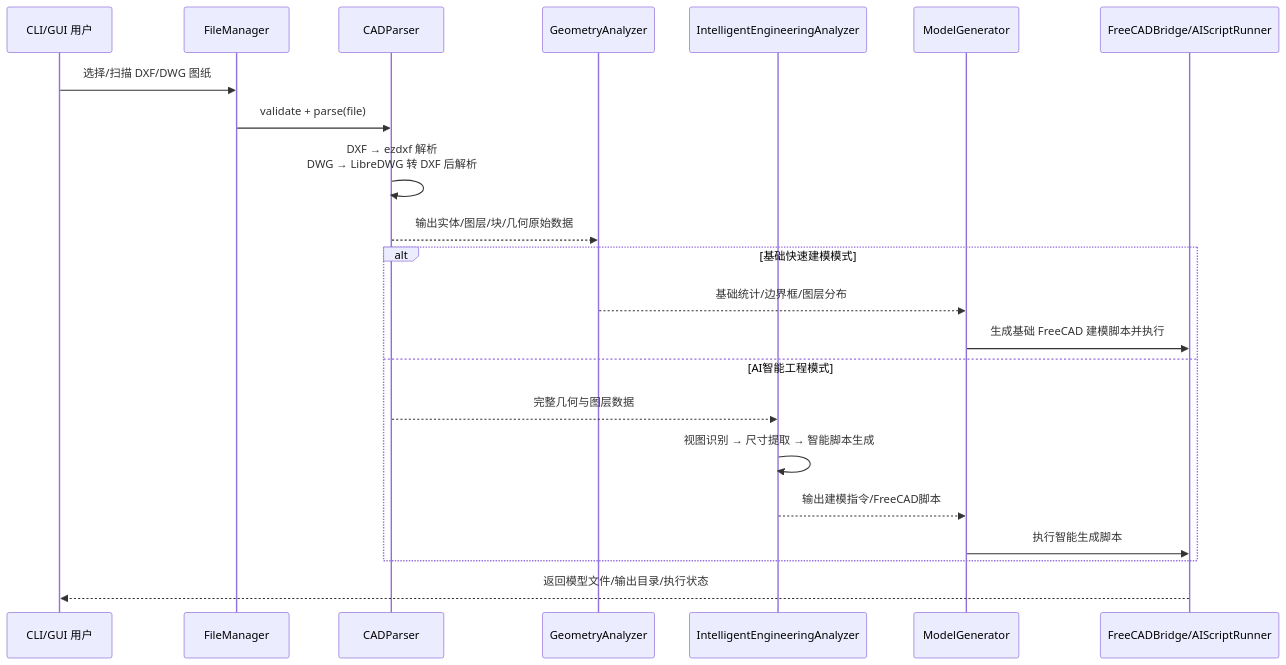
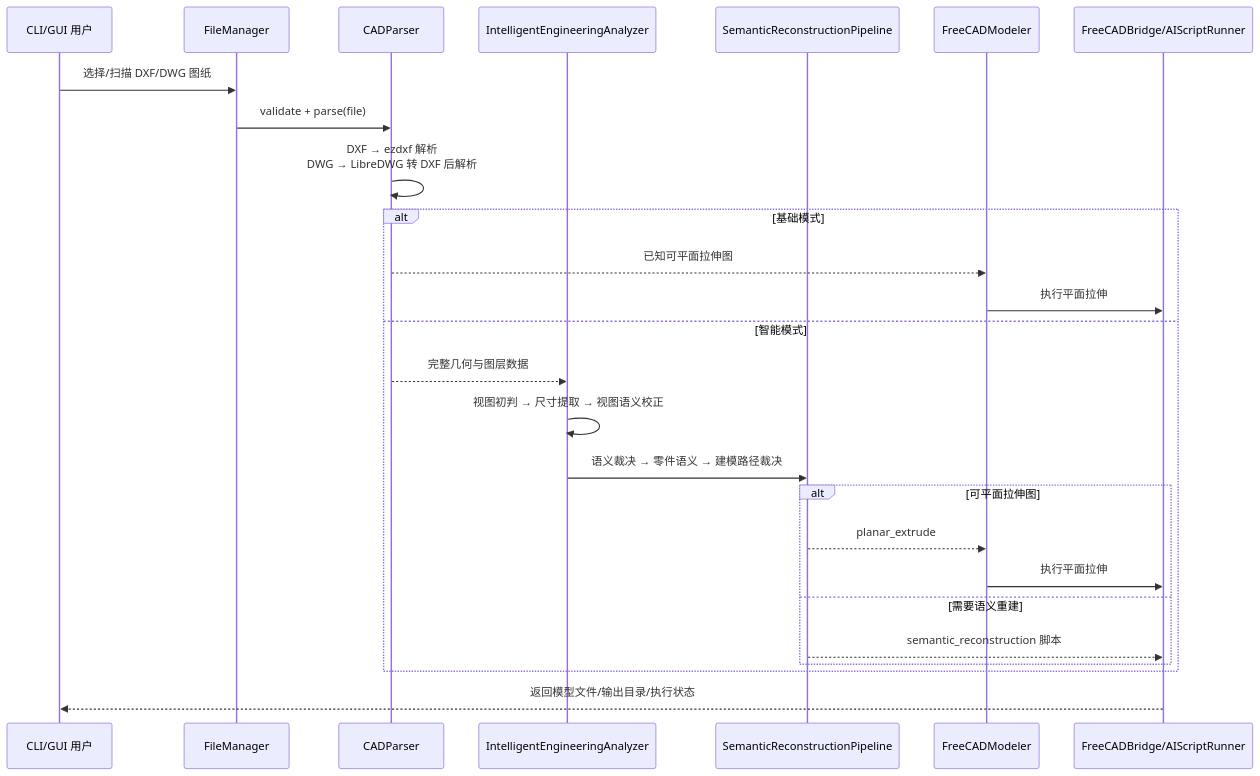
The diagram in README.md (la2yBones/CAD), drawn with Mermaid before and after one commit. The commit also changed other lines of this file and 12 other files, not shown here.

````diff
--- a/README.md
+++ b/README.md
@@ -107,31 +107,33 @@
 ```mermaid
 sequenceDiagram
     participant User as CLI/GUI 用户
     participant FM as FileManager
     participant Parser as CADParser
-    participant Geo as GeometryAnalyzer
     participant IA as IntelligentEngineeringAnalyzer
-    participant Gen as ModelGenerator
+    participant Recon as SemanticReconstructionPipeline
+    participant Basic as FreeCADModeler
     participant FC as FreeCADBridge/AIScriptRunner
 
     %% 主流程：文件选择与解析
     User->>FM: 选择/扫描 DXF/DWG 图纸
     FM->>Parser: validate + parse(file)
     Parser->>Parser: DXF → ezdxf 解析<br/>DWG → LibreDWG 转 DXF 后解析
-    Parser-->>Geo: 输出实体/图层/块/几何原始数据
-
     %% 分支：基础模式 / 智能模式
-    alt 基础快速建模模式
-        %% 基础几何分析
-        Geo-->>Gen: 基础统计/边界框/图层分布
-        Gen->>FC: 生成基础 FreeCAD 建模脚本并执行
-    else AI智能工程模式
+    alt 基础模式
+        Parser-->>Basic: 已知可平面拉伸图
+        Basic->>FC: 执行平面拉伸
+    else 智能模式
         Parser-->>IA: 完整几何与图层数据
-        IA->>IA: 视图识别 → 尺寸提取 → 智能脚本生成
-        IA-->>Gen: 输出建模指令/FreeCAD脚本
-        Gen->>FC: 执行智能生成脚本
+        IA->>IA: 视图初判 → 尺寸提取 → 视图语义校正
+        IA->>Recon: 语义裁决 → 零件语义 → 建模路径裁决
+        alt 可平面拉伸图
+            Recon-->>Basic: planar_extrude
+            Basic->>FC: 执行平面拉伸
+        else 需要语义重建
+            Recon-->>FC: semantic_reconstruction 脚本
+        end
     end
 
     %% 结果返回
     FC-->>User: 返回模型文件/输出目录/执行状态
 ```
````
